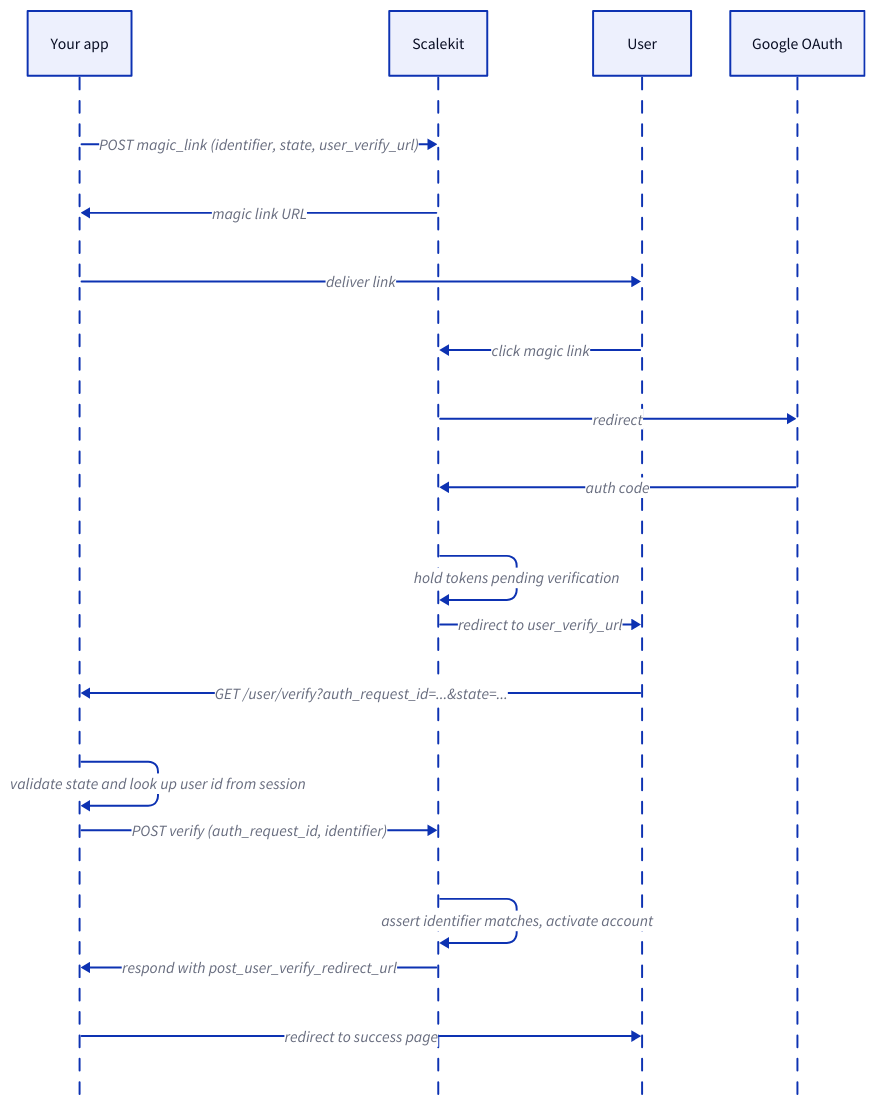
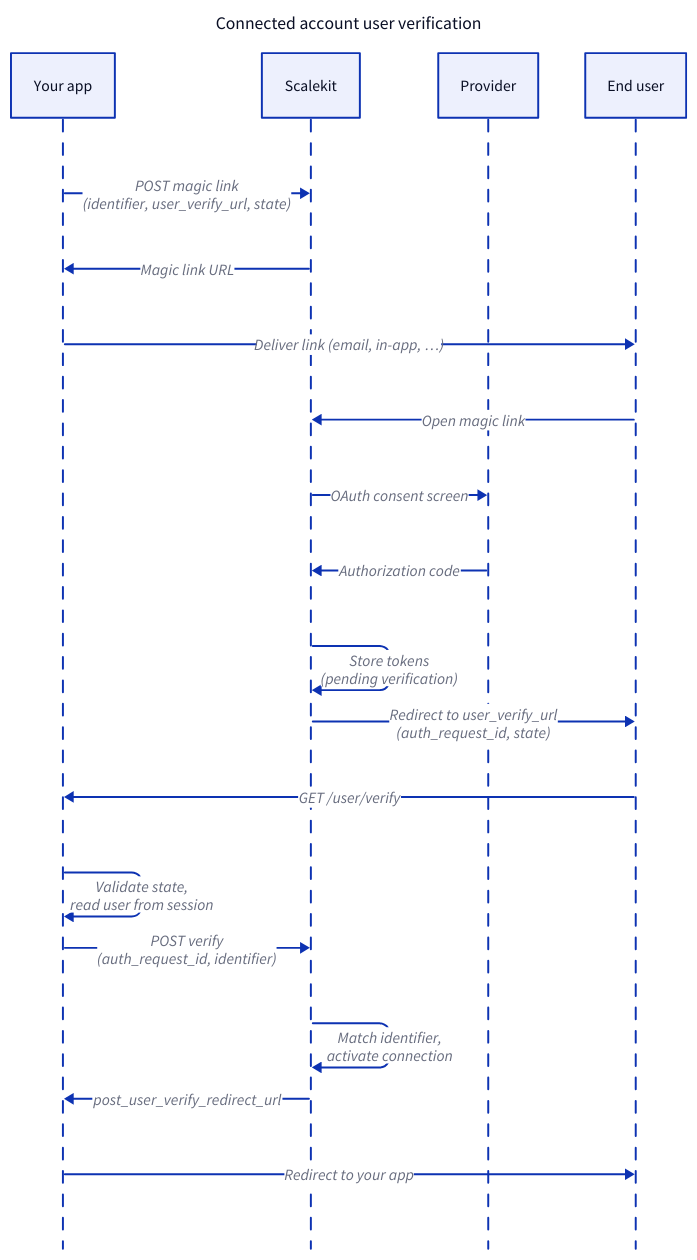
Before and after one commit to scalekit-inc/developer-docs: the diagram in src/content/docs/agent-auth/user-verification.mdx, drawn with D2. The commit also changed other lines of this file and 3 other files, not shown here.

Commit message:
improve the verify user id

````diff
--- a/src/content/docs/agent-auth/user-verification.mdx
+++ b/src/content/docs/agent-auth/user-verification.mdx
@@ -185,20 +38,31 @@
-```d2
+```d2 pad=36
+title: "Connected account user verification" {
+  near: top-center
+  shape: text
+  style.font-size: 18
+}
+
 shape: sequence_diagram
 
-Your app -> Scalekit: POST magic_link (identifier, state, user_verify_url)
-Scalekit -> Your app: magic link URL
-Your app -> User: deliver link
+Your app
+Scalekit
+Provider
+End user
 
-User -> Scalekit: click magic link
-Scalekit -> Google OAuth: redirect
-Google OAuth -> Scalekit: auth code
-Scalekit -> Scalekit: hold tokens pending verification
-Scalekit -> User: redirect to user_verify_url
+Your app -> Scalekit: POST magic link\n(identifier, user_verify_url, state)
+Scalekit -> Your app: Magic link URL
+Your app -> End user: Deliver link (email, in-app, …)
 
-User -> Your app: GET /user/verify?auth_request_id=...&state=...
-Your app -> Your app: validate state and look up user id from session
-Your app -> Scalekit: POST verify (auth_request_id, identifier)
-Scalekit -> Scalekit: assert identifier matches, activate account
-Scalekit -> Your app: respond with post_user_verify_redirect_url
-Your app -> User: redirect to success page
+End user -> Scalekit: Open magic link
+Scalekit -> Provider: OAuth consent screen
+Provider -> Scalekit: Authorization code
+Scalekit -> Scalekit: Store tokens\n(pending verification)
+Scalekit -> End user: Redirect to user_verify_url\n(auth_request_id, state)
+
+End user -> Your app: GET /user/verify
+Your app -> Your app: Validate state,\nread user from session
+Your app -> Scalekit: POST verify\n(auth_request_id, identifier)
+Scalekit -> Scalekit: Match identifier,\nactivate connection
+Scalekit -> Your app: post_user_verify_redirect_url
+Your app -> End user: Redirect to your app
 ```
````
